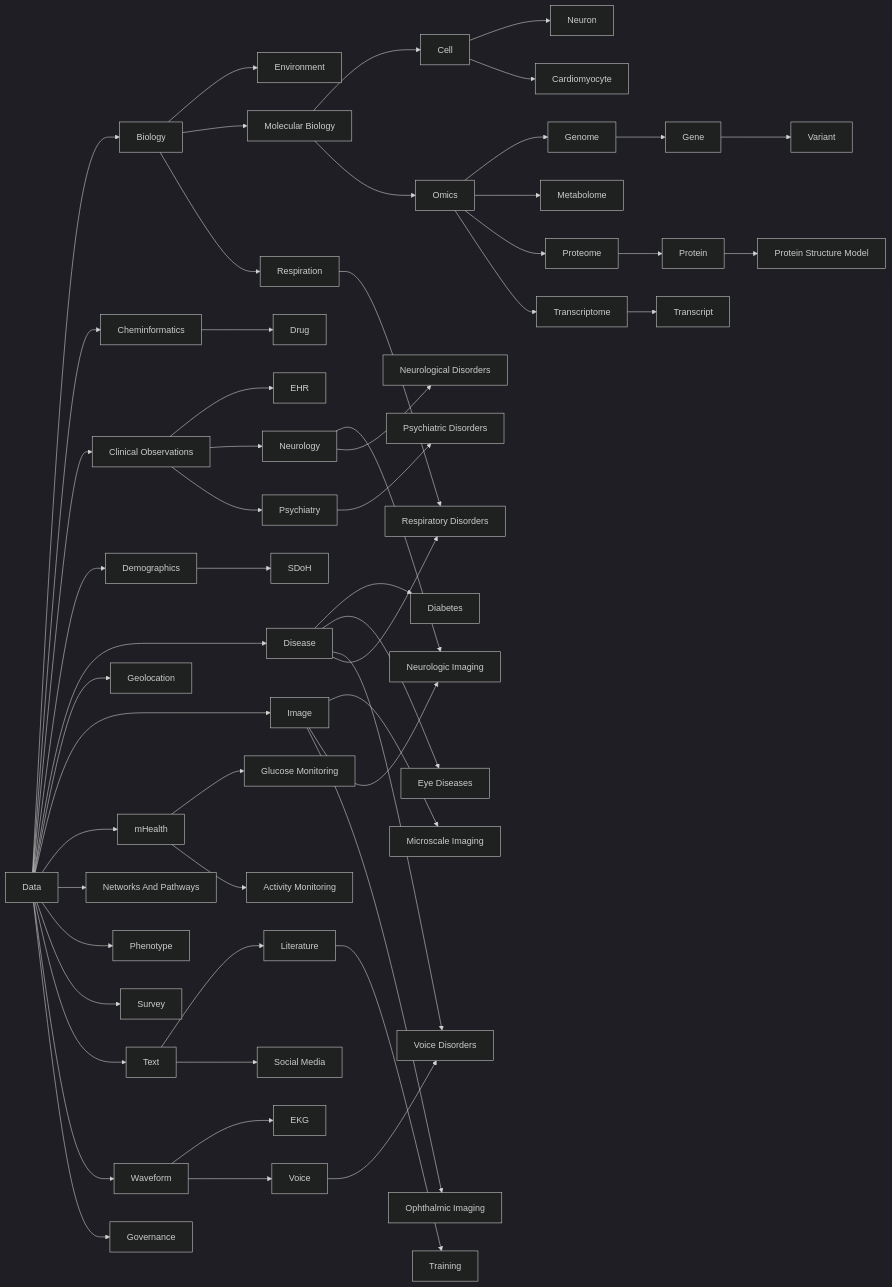
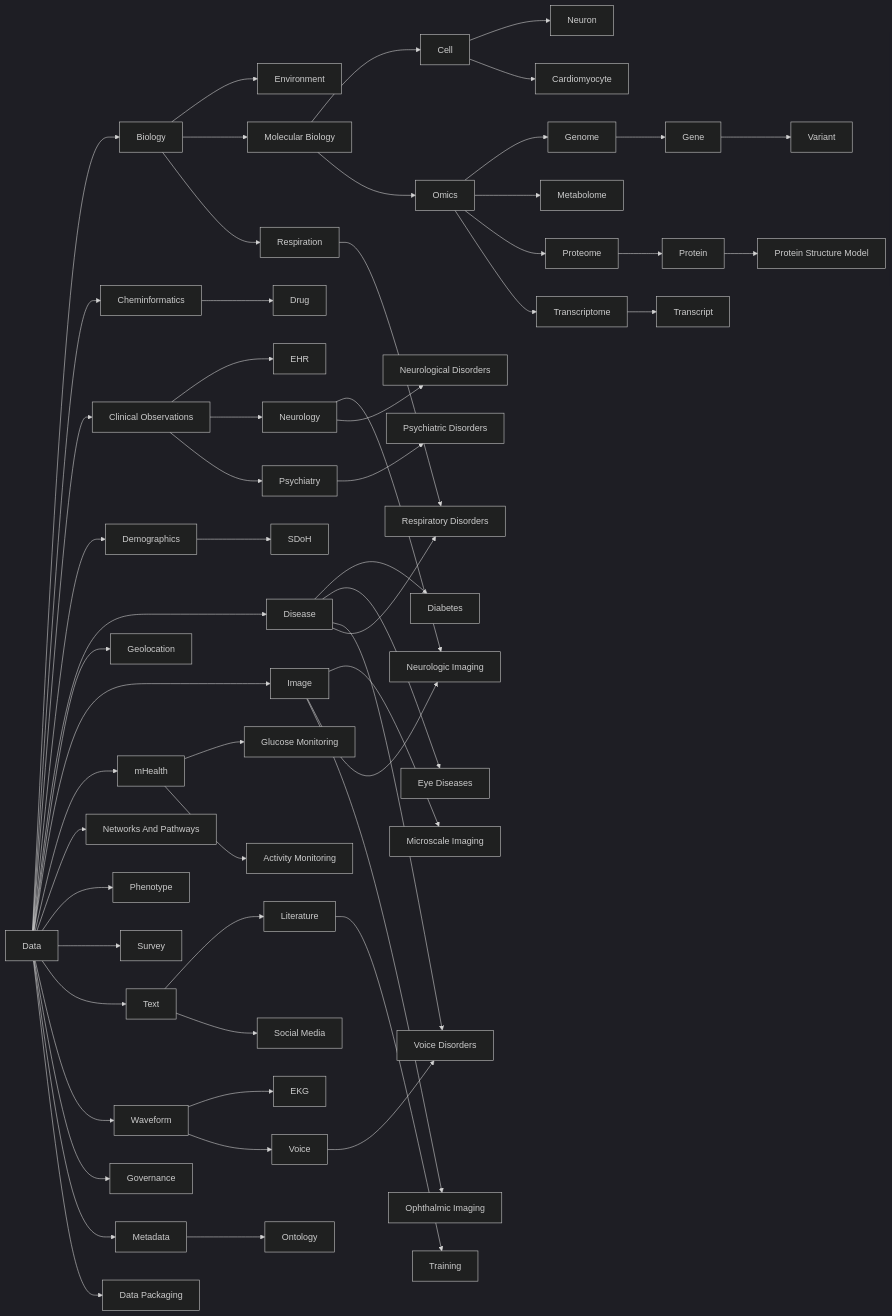
One commit to bridge2ai/b2ai-standards-registry changed the diagram in docs/DataTopic.markdown. Above: the diagram before and after it, drawn with Mermaid (dark theme). The commit also changed 6 other files, not shown here.

Commit message:
Update docs re DataTopic

````diff
--- a/docs/DataTopic.markdown
+++ b/docs/DataTopic.markdown
@@ -55,6 +55,9 @@
     B2AI_TOPIC_50[Psychiatry]
     B2AI_TOPIC_51[Psychiatric Disorders]
     B2AI_TOPIC_52[Training]
+    B2AI_TOPIC_53[Ontology]
+    B2AI_TOPIC_54[Metadata]
+    B2AI_TOPIC_55[Data Packaging]
     B2AI_TOPIC_1 --> B2AI_TOPIC_11
     B2AI_TOPIC_1 --> B2AI_TOPIC_20
     B2AI_TOPIC_1 --> B2AI_TOPIC_46
@@ -78,6 +81,8 @@
     B2AI_TOPIC_5 --> B2AI_TOPIC_32
     B2AI_TOPIC_5 --> B2AI_TOPIC_37
     B2AI_TOPIC_5 --> B2AI_TOPIC_40
+    B2AI_TOPIC_5 --> B2AI_TOPIC_54
+    B2AI_TOPIC_5 --> B2AI_TOPIC_55
     B2AI_TOPIC_6 --> B2AI_TOPIC_29
     B2AI_TOPIC_7 --> B2AI_TOPIC_43
     B2AI_TOPIC_7 --> B2AI_TOPIC_44
@@ -109,6 +114,7 @@
     B2AI_TOPIC_48 --> B2AI_TOPIC_22
     B2AI_TOPIC_48 --> B2AI_TOPIC_49
     B2AI_TOPIC_50 --> B2AI_TOPIC_51
+    B2AI_TOPIC_54 --> B2AI_TOPIC_53
 
     click B2AI_TOPIC_1 "topics/Biology/" "Biology"
     click B2AI_TOPIC_2 "topics/Cell/" "Cell"
@@ -162,4 +168,7 @@
     click B2AI_TOPIC_50 "topics/Psychiatry/" "Psychiatry"
     click B2AI_TOPIC_51 "topics/PsychiatricDisorders/" "Psychiatric Disorders"
     click B2AI_TOPIC_52 "topics/Training/" "Training"
+    click B2AI_TOPIC_53 "topics/Ontology/" "Ontology"
+    click B2AI_TOPIC_54 "topics/Metadata/" "Metadata"
+    click B2AI_TOPIC_55 "topics/DataPackaging/" "Data Packaging"
 ```
````
